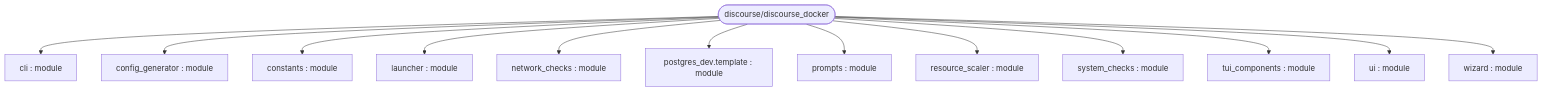
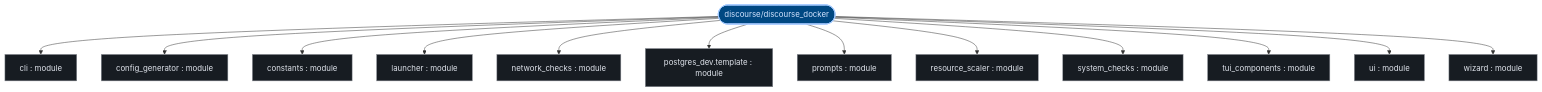
One commit to kumarshaz/atruss-code-atlas changed the first of 3 diagrams in exports/latest/reports/discourse-discourse_docker-report.md. Above: the diagram before and after it, drawn with Mermaid. The commit also changed other lines of this file and 331 other files, not shown here.

Commit message:
docs,ui,fix: update SDLC docs, reorder CI/CD DAG first, stylize Mermaid, and fix Arc42 pipeline topology

````diff
--- a/exports/latest/reports/discourse-discourse_docker-report.md
+++ b/exports/latest/reports/discourse-discourse_docker-report.md
@@ -41,28 +41,35 @@
 ```mermaid
 graph TD;
-    postgres_dev_template["postgres_dev.template : module"]
-    wizard["wizard : module"]
-    cli["cli : module"]
-    config_generator["config_generator : module"]
-    constants["constants : module"]
-    launcher["launcher : module"]
-    network_checks["network_checks : module"]
-    prompts["prompts : module"]
-    resource_scaler["resource_scaler : module"]
-    system_checks["system_checks : module"]
-    tui_components["tui_components : module"]
-    ui["ui : module"]
-    repo_root(["discourse/discourse_docker"])
+  classDef atlasRoot fill:#004882,stroke:#a3c9ff,stroke-width:2px,color:#d3e4ff
+  classDef atlasCategory fill:#212428,stroke:#E87A48,stroke-width:1.5px,color:#dfe3eb
+  classDef atlasWorkflow fill:#1b2026,stroke:#a3c9ff,stroke-width:1.5px,color:#dfe3eb
+  classDef atlasJob fill:#171c22,stroke:#8d9199,stroke-width:1px,color:#dfe3eb
+  classDef atlasTarget fill:#005227,stroke:#8bd99b,stroke-width:1.5px,color:#a7f6b6
+  classDef atlasAlert fill:#93000a,stroke:#ffb4ab,stroke-width:1.5px,color:#ffdad6
+  classDef atlasMore fill:#252a31,stroke:#8d9199,stroke-dasharray:4 4,color:#c3c6cf
+    postgres_dev_template["postgres_dev.template : module"]:::atlasJob
+    wizard["wizard : module"]:::atlasJob
+    cli["cli : module"]:::atlasJob
+    config_generator["config_generator : module"]:::atlasJob
+    constants["constants : module"]:::atlasJob
+    launcher["launcher : module"]:::atlasJob
+    network_checks["network_checks : module"]:::atlasJob
+    prompts["prompts : module"]:::atlasJob
+    resource_scaler["resource_scaler : module"]:::atlasJob
+    system_checks["system_checks : module"]:::atlasJob
+    tui_components["tui_components : module"]:::atlasJob
+    ui["ui : module"]:::atlasJob
+    repo_root(["discourse/discourse_docker"]):::atlasRoot
     repo_root --> cli
     repo_root --> config_generator
     repo_root --> constants
     repo_root --> launcher
     repo_root --> network_checks
     repo_root --> postgres_dev_template
     repo_root --> prompts
     repo_root --> resource_scaler
     repo_root --> system_checks
     repo_root --> tui_components
     repo_root --> ui
     repo_root --> wizard
 ```
````
